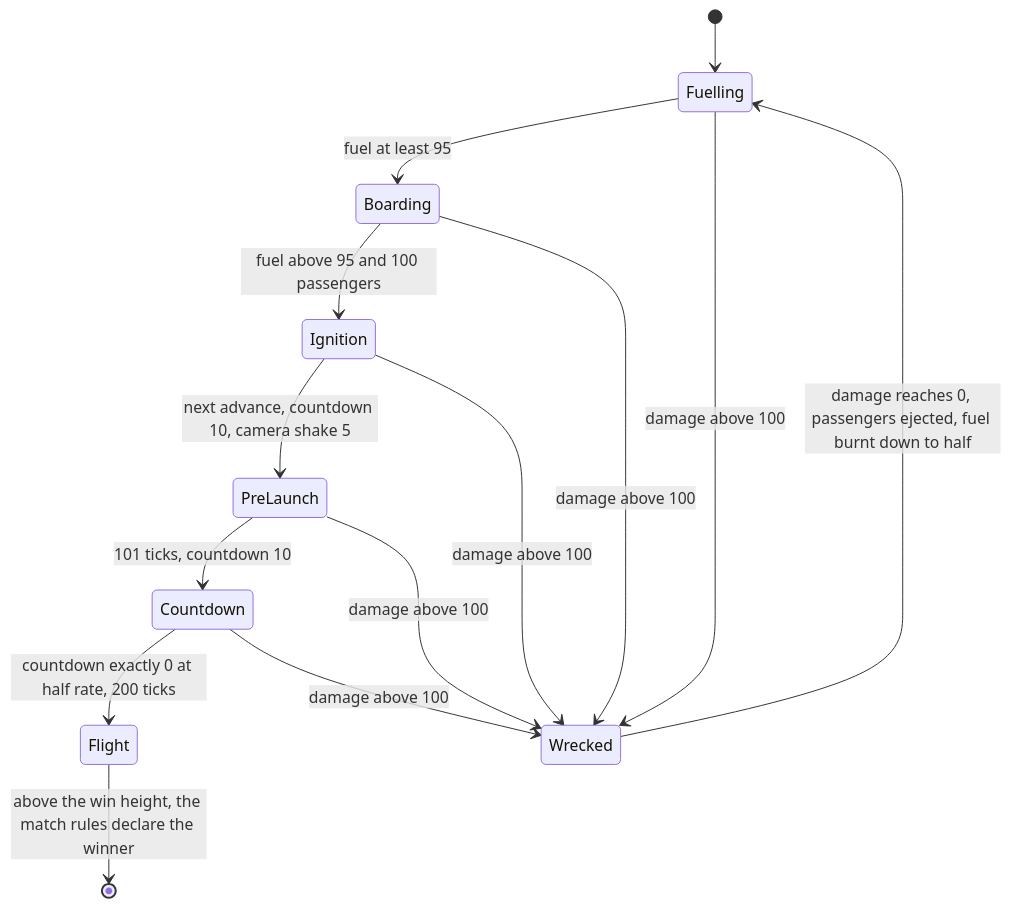
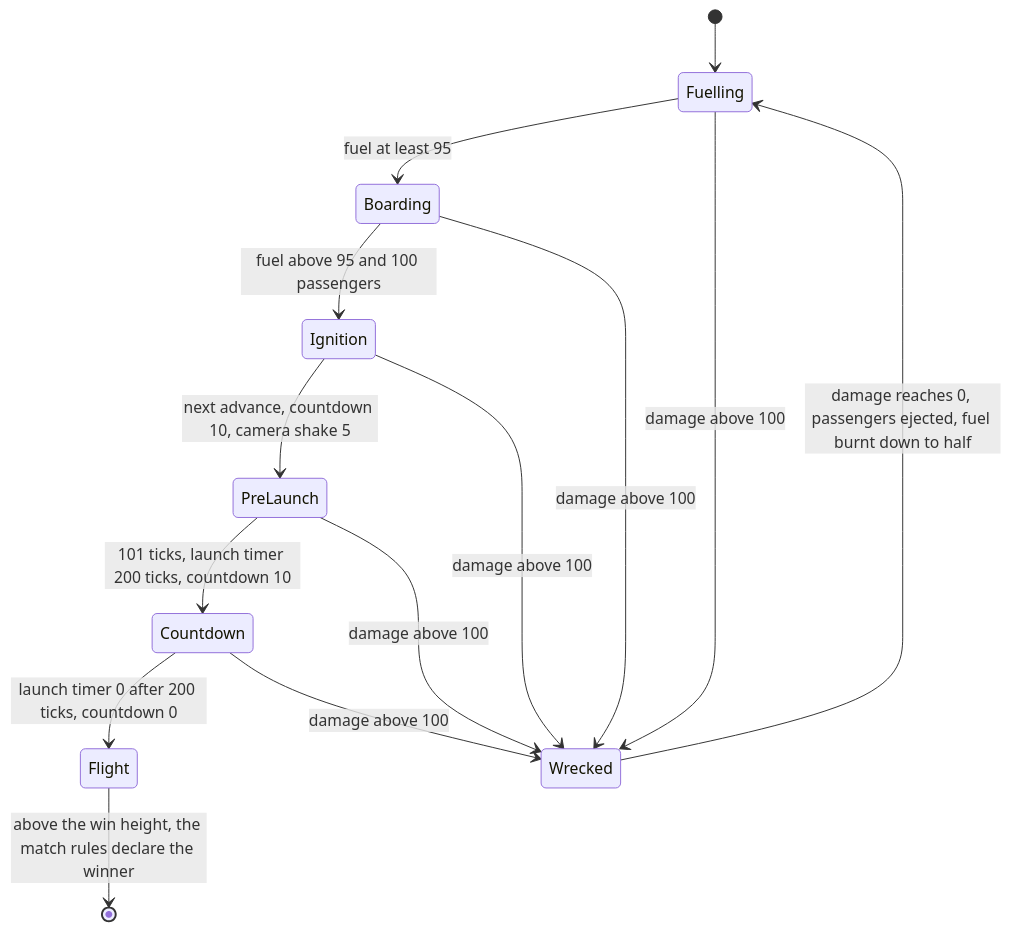
Before and after one commit to Zwaliebaba/Species.AI: the sixth of 6 diagrams in design_next/reference/03_buildings_and_world_objects/mode_objects.md, drawn with Mermaid. The commit also changed other lines of this file and 50 other files, not shown here.

````diff
--- a/design_next/reference/03_buildings_and_world_objects/mode_objects.md
+++ b/design_next/reference/03_buildings_and_world_objects/mode_objects.md
@@ -411,16 +411,16 @@
 ```mermaid
 stateDiagram-v2
     [*] --> Fuelling
     Fuelling --> Boarding : fuel at least 95
     Boarding --> Ignition : fuel above 95 and 100 passengers
     Ignition --> PreLaunch : next advance, countdown 10, camera shake 5
-    PreLaunch --> Countdown : 101 ticks, countdown 10
-    Countdown --> Flight : countdown exactly 0 at half rate, 200 ticks
+    PreLaunch --> Countdown : 101 ticks, launch timer 200 ticks, countdown 10
+    Countdown --> Flight : launch timer 0 after 200 ticks, countdown 0
     Fuelling --> Wrecked : damage above 100
     Boarding --> Wrecked : damage above 100
     Ignition --> Wrecked : damage above 100
     PreLaunch --> Wrecked : damage above 100
     Countdown --> Wrecked : damage above 100
     Wrecked --> Fuelling : damage reaches 0, passengers ejected, fuel burnt down to half
     Flight --> [*] : above the win height, the match rules declare the winner
 ```
````
